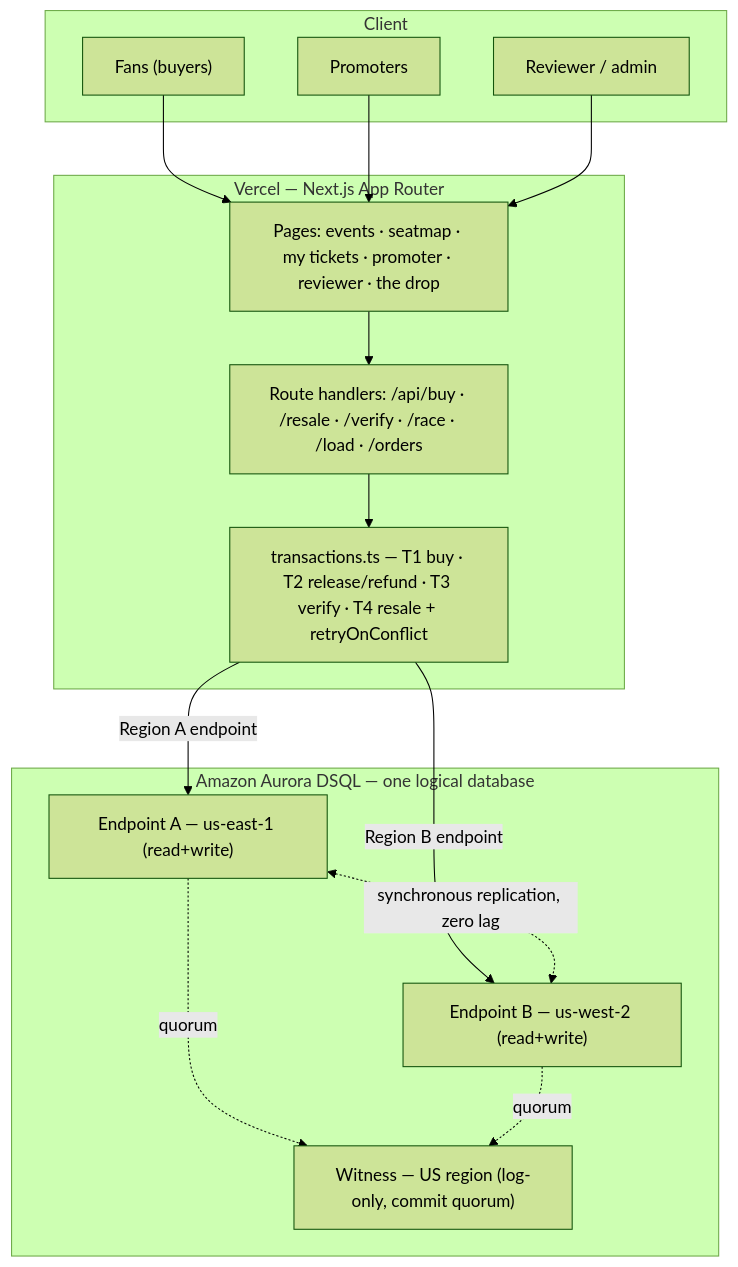
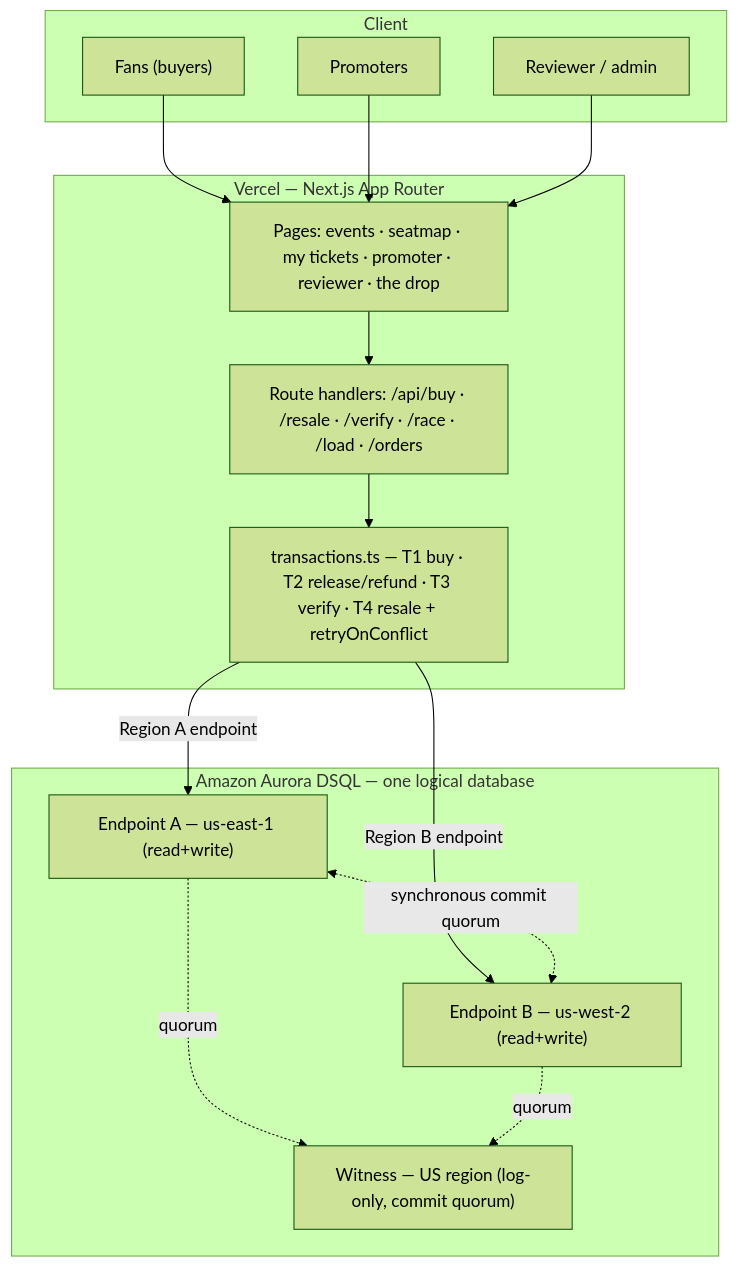
The diagram in docs/ARCHITECTURE.md (Jeremiah-Sakuda/dhamana), drawn with Mermaid (forest theme) before and after one commit. The commit also changed other lines of this file and 3 other files, not shown here.

First line of the commit message:
docs: scrub stale "Verdict" name + right-size scale claims + fix zero-lag self-contradiction

````diff
--- a/docs/ARCHITECTURE.md
+++ b/docs/ARCHITECTURE.md
@@ -8,27 +8,27 @@
 ```mermaid
 flowchart TB
   subgraph Client
     F["Fans (buyers)"]
     P["Promoters"]
     R["Reviewer / admin"]
   end
   subgraph Vercel["Vercel — Next.js App Router"]
     UI["Pages: events · seatmap · my tickets · promoter · reviewer · the drop"]
     API["Route handlers: /api/buy · /resale · /verify · /race · /load · /orders"]
     TX["transactions.ts — T1 buy · T2 release/refund · T3 verify · T4 resale + retryOnConflict"]
   end
   subgraph DSQL["Amazon Aurora DSQL — one logical database"]
     EA["Endpoint A — us-east-1 (read+write)"]
     EB["Endpoint B — us-west-2 (read+write)"]
     W["Witness — US region (log-only, commit quorum)"]
   end
   F --> UI
   P --> UI
   R --> UI
   UI --> API --> TX
   TX -- "Region A endpoint" --> EA
   TX -- "Region B endpoint" --> EB
-  EA <-. "synchronous replication, zero lag" .-> EB
+  EA <-. "synchronous commit quorum" .-> EB
   EA -. quorum .-> W
   EB -. quorum .-> W
 ```
````
